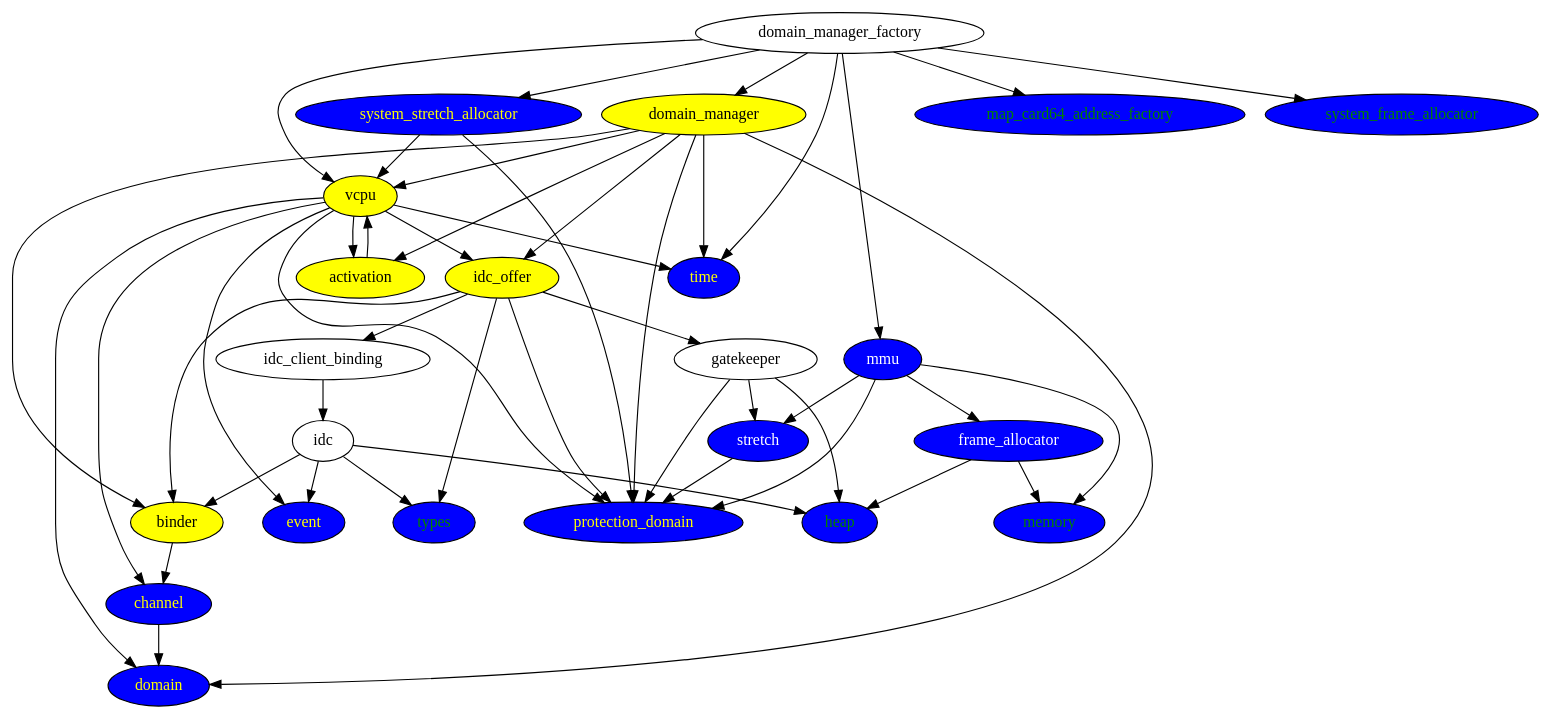
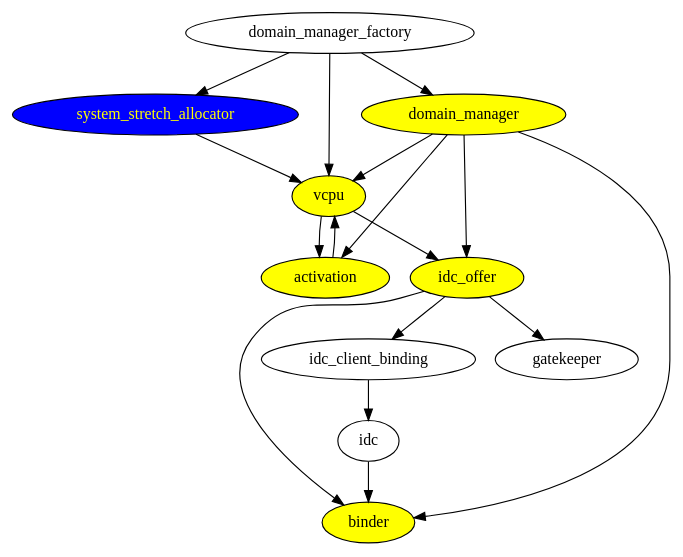
The diagram in docs/needs_boot.dot (metta-systems/metta), drawn with Graphviz before and after one commit.

Commit message:
Cull out finished pieces.

```diff
--- a/docs/needs_boot.dot
+++ b/docs/needs_boot.dot
@@ -1,71 +1,25 @@
 digraph {
-# Stuff we're after (what domain_manager and vcpu need)
 	vcpu [style=filled,fillcolor=yellow,color=black,fontcolor=black];
-	domain [style=filled,fillcolor=blue,color=black,fontcolor=yellow];
 	domain_manager [style=filled,fillcolor=yellow,color=black,fontcolor=black];
 	binder [style=filled,fillcolor=yellow,color=black,fontcolor=black];
 	idc_offer [style=filled,fillcolor=yellow,color=black,fontcolor=black];
 	activation [style=filled,fillcolor=yellow,color=black,fontcolor=black];
 	system_stretch_allocator [style=filled,fillcolor=blue,color=black,fontcolor=yellow];
-	time [style=filled,fillcolor=blue,color=black,fontcolor=yellow];
-	protection_domain [style=filled,fillcolor=blue,color=black,fontcolor=yellow];
-	channel [style=filled,fillcolor=blue,color=black,fontcolor=yellow];
-	event [style=filled,fillcolor=blue,color=black,fontcolor=yellow];
-# Leaf Nodes
-	heap [style=filled,fillcolor=blue,color=black,fontcolor=green];
-	map_card64_address_factory [style=filled,fillcolor=blue,color=black,fontcolor=green];
-	types [style=filled,fillcolor=blue,color=black,fontcolor=green];
-	memory [style=filled,fillcolor=blue,color=black,fontcolor=green];
-	system_frame_allocator [style=filled,fillcolor=blue,color=black,fontcolor=green];
-# Non-leaf nodes
-    frame_allocator [style=filled,fillcolor=blue,fontcolor=white];
-    stretch [style=filled,fillcolor=blue,fontcolor=white];
-    mmu [style=filled,fillcolor=blue,fontcolor=white];
 
 	activation -> vcpu;
-	binder -> channel;
-	channel -> domain;
 	domain_manager -> activation;
-	domain_manager -> protection_domain;
-	domain_manager -> time;
-	domain_manager -> domain;
 	domain_manager -> vcpu;
 	domain_manager -> idc_offer;
 	domain_manager -> binder;
 	domain_manager_factory -> system_stretch_allocator;
-	domain_manager_factory -> time;
 	domain_manager_factory -> domain_manager;
-	domain_manager_factory -> system_frame_allocator;
-	domain_manager_factory -> map_card64_address_factory;
-	domain_manager_factory -> mmu;
 	domain_manager_factory -> vcpu;
-	frame_allocator -> memory;
-	frame_allocator -> heap;
-	gatekeeper -> heap;
-	gatekeeper -> stretch;
-	gatekeeper -> protection_domain;
-	idc -> heap;
 	idc -> binder;
-	idc -> event;
-	idc -> types;
 	idc_client_binding -> idc;
-	idc_offer -> types;
 	idc_offer -> binder;
-	idc_offer -> protection_domain;
 	idc_offer -> idc_client_binding;
 	idc_offer -> gatekeeper;
-	mmu -> frame_allocator;
-	mmu -> memory; 
-	mmu -> protection_domain;
-	mmu -> stretch;
-	stretch -> protection_domain;
-	system_stretch_allocator -> protection_domain;
 	system_stretch_allocator -> vcpu;
 	vcpu -> activation;
-	vcpu -> channel;
-	vcpu -> event;
-	vcpu -> time;
-	vcpu -> domain;
-	vcpu -> protection_domain;
 	vcpu -> idc_offer;
 }
```
